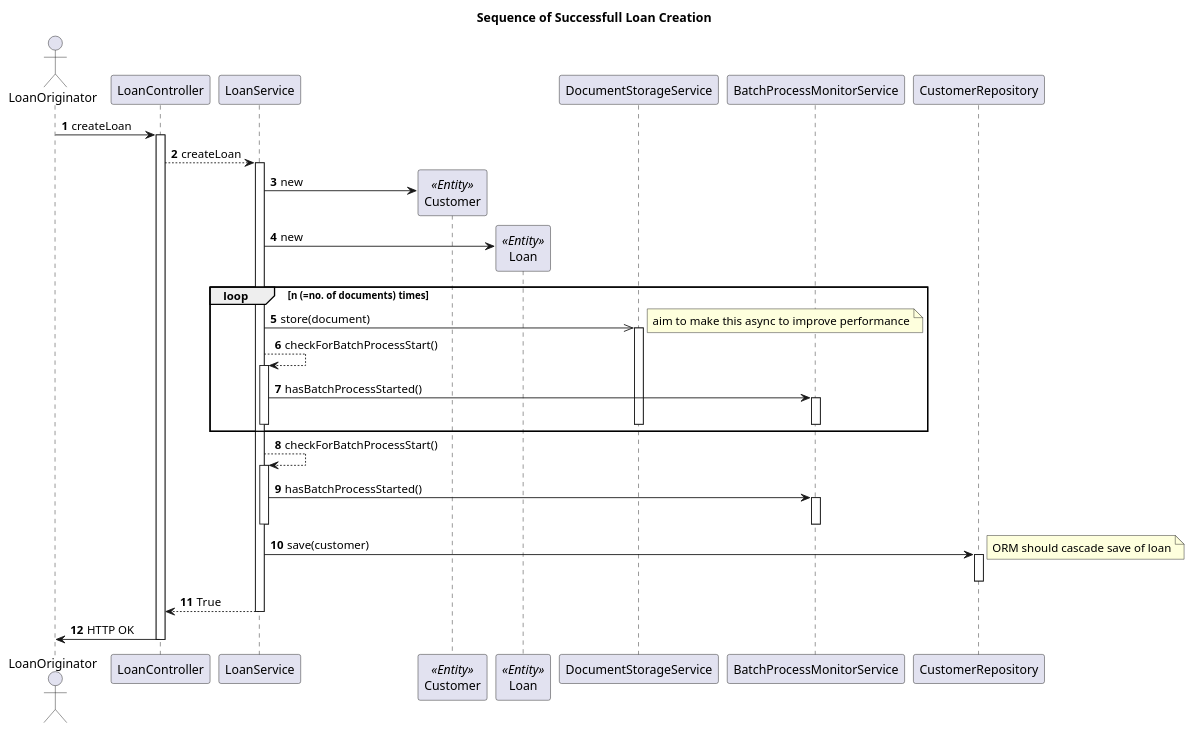
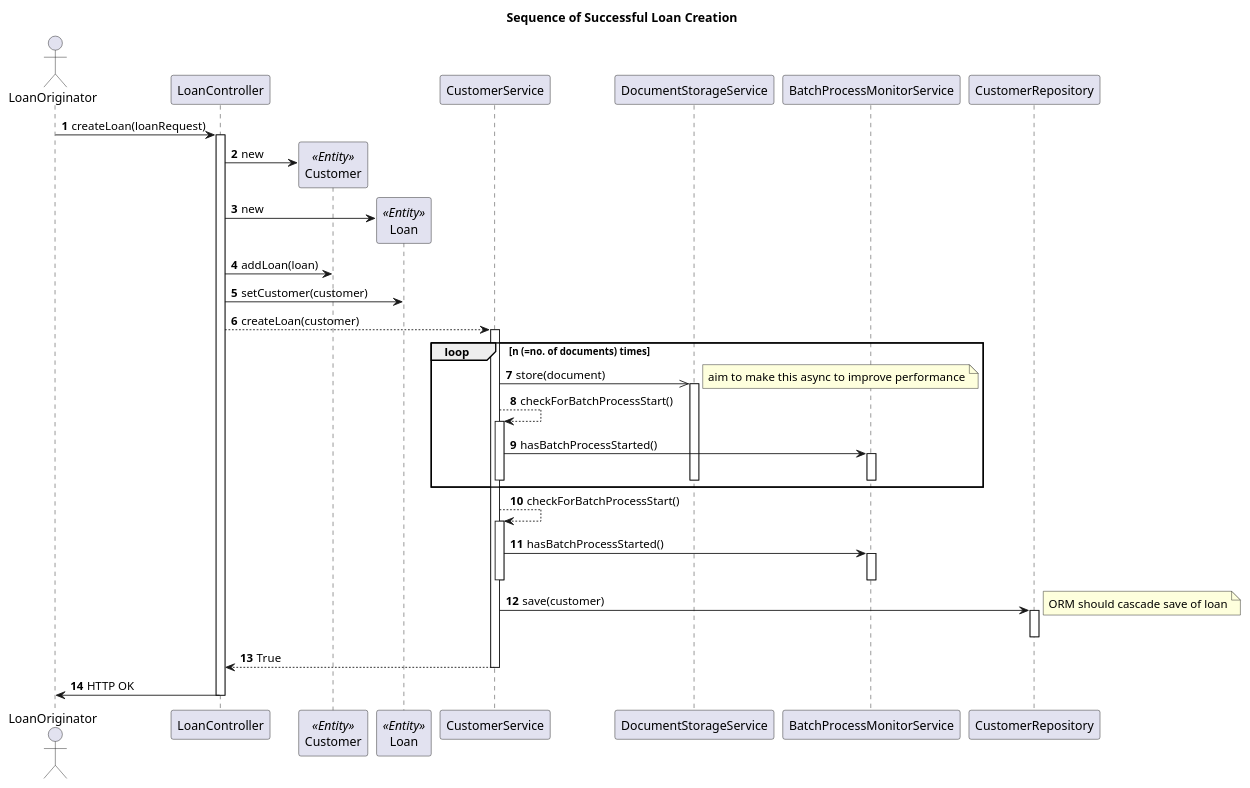
The diagram in Loan Creation Sequence.puml (ronanoconnell/stand-a-loan), drawn with PlantUML before and after one commit. The commit also changed 3 other files, not shown here.

Commit message:
Loan Creation ->Storing loan data in database through endpoint

```diff
--- a/Loan Creation Sequence.puml
+++ b/Loan Creation Sequence.puml
@@ -1,42 +1,44 @@
 @startuml
 'https://plantuml.com/sequence-diagram
 
-title Sequence of Successfull Loan Creation
+title Sequence of Successful Loan Creation
 
 autonumber
 actor LoanOriginator
-LoanOriginator -> LoanController: createLoan
+LoanOriginator -> LoanController: createLoan(loanRequest)
 activate LoanController
-LoanController --> LoanService: createLoan
-activate LoanService
 create Customer << Entity >>
-LoanService -> Customer : new
+LoanController -> Customer : new
 create Loan << Entity >>
-LoanService -> Loan : new
+LoanController -> Loan : new
+LoanController -> Customer : addLoan(loan)
+LoanController -> Loan : setCustomer(customer)
+LoanController --> CustomerService: createLoan(customer)
+activate CustomerService
 loop n (=no. of documents) times
-    LoanService ->> DocumentStorageService: store(document)
+    CustomerService ->> DocumentStorageService: store(document)
     note right: aim to make this async to improve performance
     activate DocumentStorageService
-    LoanService --> LoanService: checkForBatchProcessStart()
-    activate LoanService
-    LoanService -> BatchProcessMonitorService: hasBatchProcessStarted()
+    CustomerService --> CustomerService: checkForBatchProcessStart()
+    activate CustomerService
+    CustomerService -> BatchProcessMonitorService: hasBatchProcessStarted()
     activate BatchProcessMonitorService
     deactivate BatchProcessMonitorService
-    deactivate LoanService
+    deactivate CustomerService
     deactivate DocumentStorageService
 end
-LoanService --> LoanService: checkForBatchProcessStart()
-activate LoanService
-LoanService -> BatchProcessMonitorService: hasBatchProcessStarted()
+CustomerService --> CustomerService: checkForBatchProcessStart()
+activate CustomerService
+CustomerService -> BatchProcessMonitorService: hasBatchProcessStarted()
 activate BatchProcessMonitorService
 deactivate BatchProcessMonitorService
-deactivate LoanService
-LoanService -> CustomerRepository: save(customer)
+deactivate CustomerService
+CustomerService -> CustomerRepository: save(customer)
 note right: ORM should cascade save of loan
 activate CustomerRepository
 deactivate CustomerRepository
-LoanController <-- LoanService: True
-deactivate LoanService
+LoanController <-- CustomerService: True
+deactivate CustomerService
 LoanOriginator <- LoanController: HTTP OK
 deactivate LoanController
 @enduml
```
